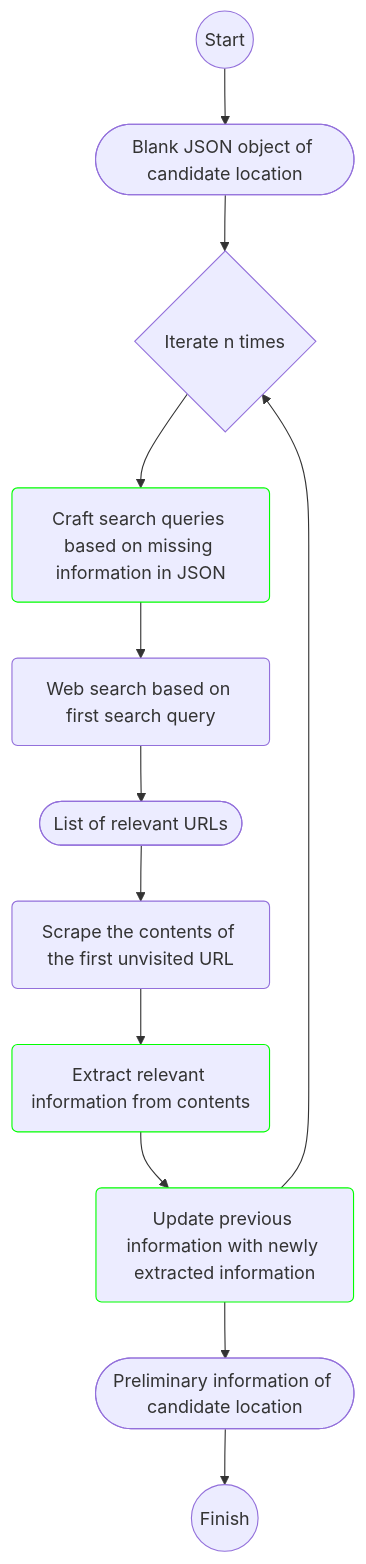
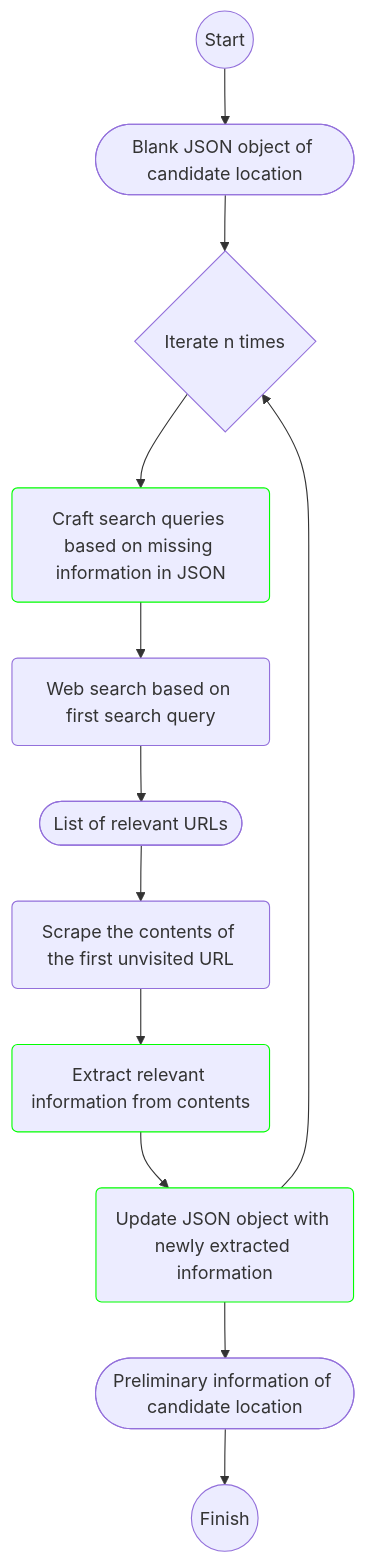
Before and after one commit to yaoxinmeng/recommender: the second of 3 diagrams in README.md, drawn with Mermaid.

Commit message:
Corrected work flow diagram

````diff
--- a/README.md
+++ b/README.md
@@ -39,17 +39,17 @@
 ```mermaid
 graph TD;
   S((Start))-->A([Blank JSON object of candidate location])
   A-->N{Iterate n times}
   N-->B(Craft search queries based on missing information in JSON)
   B-->C(Web search based on first search query)
   C-->D([List of relevant URLs])
   D-->E(Scrape the contents of the first unvisited URL)
   E-->F(Extract relevant information from contents)
-  F-->G(Update previous information with newly extracted information)
+  F-->G(Update JSON object with newly extracted information)
   G-->N
   G-->H([Preliminary information of candidate location])
   H-->I((Finish))
 
   classDef llm stroke:#0f0;
   class B,F,G llm;
 ```
````
